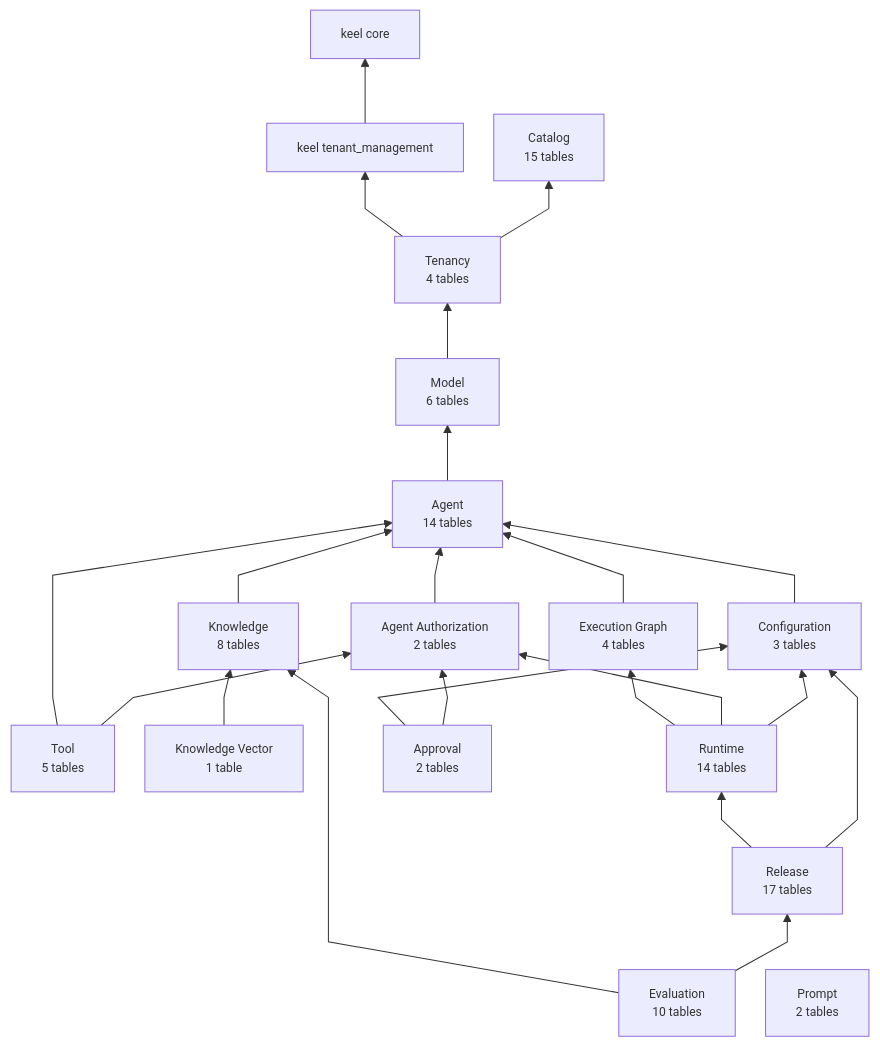
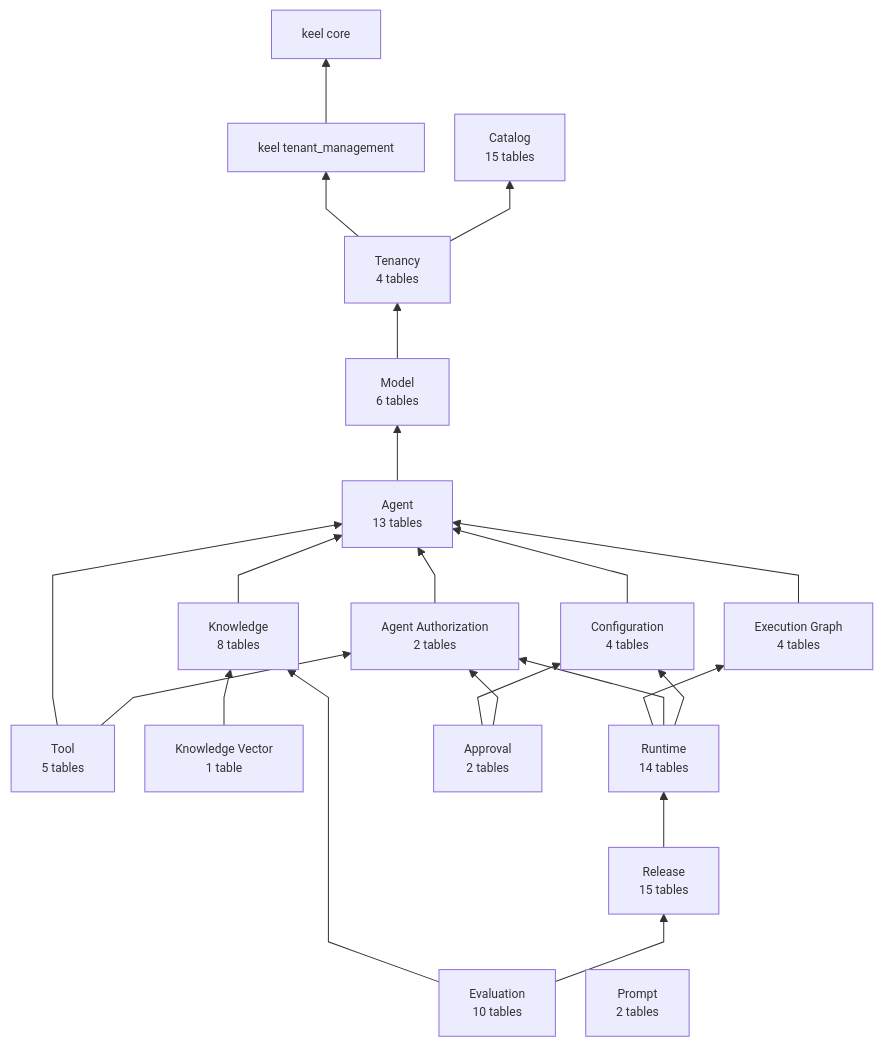
One commit to nauticana/scout changed the first of 16 diagrams in doc/database.md. Above: the diagram before and after it, drawn with Mermaid. The commit also changed other lines of this file and 24 other files, not shown here.

Commit message:
base data plane composition, control set from configuration, release-pinned tool guardrail resolver, audit_event in the configuration module, exported untrusted-content marker; keel v1.2.69

````diff
--- a/doc/database.md
+++ b/doc/database.md
@@ -20,44 +20,43 @@
 ```mermaid
 %%{init: {"flowchart": {"curve": "linear", "nodeSpacing": 30, "rankSpacing": 55, "diagramPadding": 12}, "themeVariables": {"fontSize": "12px"}}}%%
 flowchart BT
 
     tenant_management --> core
     tenancy --> tenant_management
     tenancy --> catalog
     model --> tenancy
     agent --> model
     tool --> agent
     tool --> agent_authorization_module
     knowledge --> agent
     configuration_module --> agent
     execution_graph_module --> agent
     agent_authorization_module --> agent
     knowledge_vector --> knowledge
     runtime --> execution_graph_module
     runtime --> agent_authorization_module
     runtime --> configuration_module
     release --> runtime
-    release --> configuration_module
     evaluation --> knowledge
     evaluation --> release
     approval --> configuration_module
     approval --> agent_authorization_module
 
     core["keel core"]
     tenant_management["keel tenant_management"]
     catalog["Catalog<br/>15 tables"]
     tenancy["Tenancy<br/>4 tables"]
     prompt["Prompt<br/>2 tables"]
     model["Model<br/>6 tables"]
-    agent["Agent<br/>14 tables"]
+    agent["Agent<br/>13 tables"]
     tool["Tool<br/>5 tables"]
     execution_graph_module["Execution Graph<br/>4 tables"]
     knowledge["Knowledge<br/>8 tables"]
     knowledge_vector["Knowledge Vector<br/>1 table"]
     runtime["Runtime<br/>14 tables"]
-    release["Release<br/>17 tables"]
+    release["Release<br/>15 tables"]
     evaluation["Evaluation<br/>10 tables"]
     agent_authorization_module["Agent Authorization<br/>2 tables"]
-    configuration_module["Configuration<br/>3 tables"]
+    configuration_module["Configuration<br/>4 tables"]
     approval["Approval<br/>2 tables"]
 ```
````
